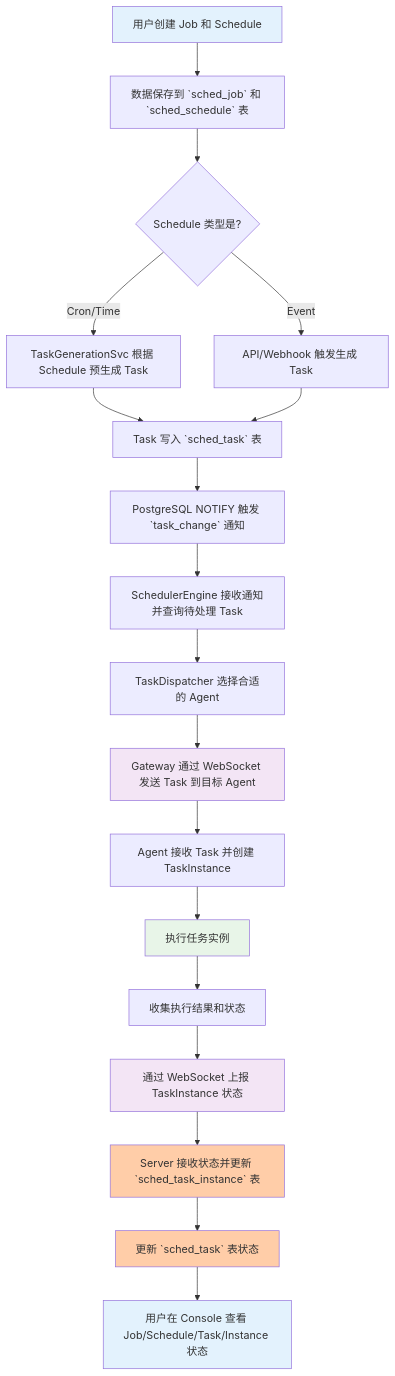
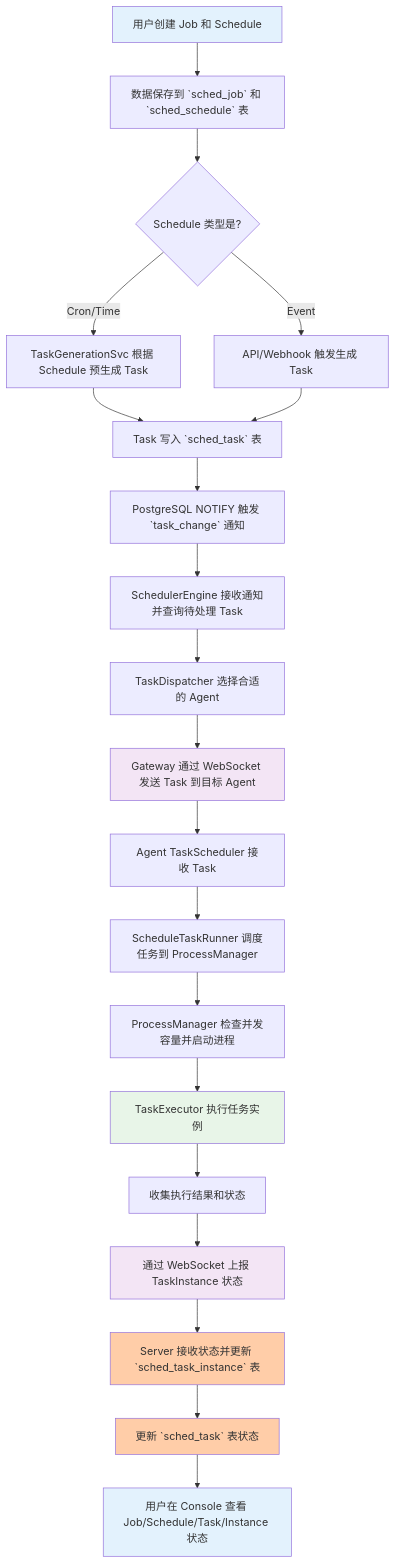
The second of 4 diagrams in hetuflow/hetuflow-docs/src/hetuflow/architecture.md (fusion-data/fusion-data), drawn with Mermaid before and after one commit. The commit also changed other lines of this file and 45 other files, not shown here.

````diff
--- a/hetuflow/hetuflow-docs/src/hetuflow/architecture.md
+++ b/hetuflow/hetuflow-docs/src/hetuflow/architecture.md
@@ -262,31 +262,33 @@
 ```mermaid
 flowchart TD
     A[用户创建 Job 和 Schedule] --> B[数据保存到 `sched_job` 和 `sched_schedule` 表]
     B --> C{Schedule 类型是?}
     C -- Cron/Time --> D[TaskGenerationSvc 根据 Schedule 预生成 Task]
     C -- Event --> E[API/Webhook 触发生成 Task]
     D --> F[Task 写入 `sched_task` 表]
     E --> F
 
     F --> G[PostgreSQL NOTIFY 触发 `task_change` 通知]
     G --> H[SchedulerEngine 接收通知并查询待处理 Task]
     H --> I[TaskDispatcher 选择合适的 Agent]
     I --> J[Gateway 通过 WebSocket 发送 Task 到目标 Agent]
 
-    J --> K[Agent 接收 Task 并创建 TaskInstance]
-    K --> L[执行任务实例]
-    L --> M[收集执行结果和状态]
-    M --> N[通过 WebSocket 上报 TaskInstance 状态]
+    J --> K[Agent TaskScheduler 接收 Task]
+    K --> L[ScheduleTaskRunner 调度任务到 ProcessManager]
+    L --> M[ProcessManager 检查并发容量并启动进程]
+    M --> N[TaskExecutor 执行任务实例]
+    N --> O[收集执行结果和状态]
+    O --> P[通过 WebSocket 上报 TaskInstance 状态]
 
-    N --> O[Server 接收状态并更新 `sched_task_instance` 表]
-    O --> P[更新 `sched_task` 表状态]
-    P --> Q[用户在 Console 查看 Job/Schedule/Task/Instance 状态]
+    P --> Q[Server 接收状态并更新 `sched_task_instance` 表]
+    Q --> R[更新 `sched_task` 表状态]
+    R --> S[用户在 Console 查看 Job/Schedule/Task/Instance 状态]
 
     style A fill:#e3f2fd
-    style Q fill:#e3f2fd
+    style S fill:#e3f2fd
     style J fill:#f3e5f5
-    style N fill:#f3e5f5
-    style L fill:#e8f5e8
-    style O fill:#ffcda8
-    style P fill:#ffcda8
+    style P fill:#f3e5f5
+    style N fill:#e8f5e8
+    style Q fill:#ffcda8
+    style R fill:#ffcda8
 ```
````
